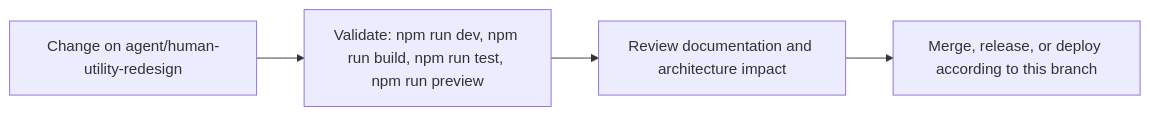
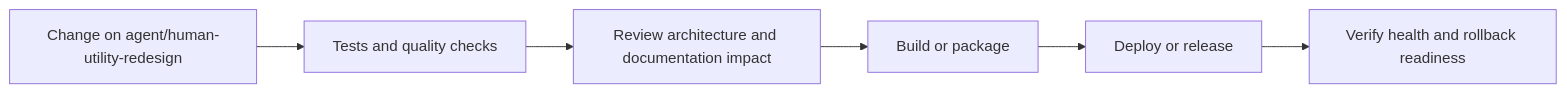
Before and after one commit to Nischhalsubba/Napiyo: the fourth of 5 diagrams in README.md, drawn with Mermaid. The commit also changed other lines of this file, not shown here.

````diff
--- a/README.md
+++ b/README.md
@@ -72,8 +154,8 @@
 ```mermaid
 flowchart LR
-    CHANGE["Change on agent/human-utility-redesign"]
-    CHECK["Validate: npm run dev, npm run build, npm run test, npm run preview"]
-    REVIEW["Review documentation and architecture impact"]
-    RELEASE["Merge, release, or deploy according to this branch"]
-    CHANGE --> CHECK --> REVIEW --> RELEASE
+    CHANGE["Change on agent/human-utility-redesign"] --> CHECK["Tests and quality checks"]
+    CHECK --> REVIEW["Review architecture and documentation impact"]
+    REVIEW --> BUILD["Build or package"]
+    BUILD --> DEPLOY["Deploy or release"]
+    DEPLOY --> VERIFY["Verify health and rollback readiness"]
 ```
````
